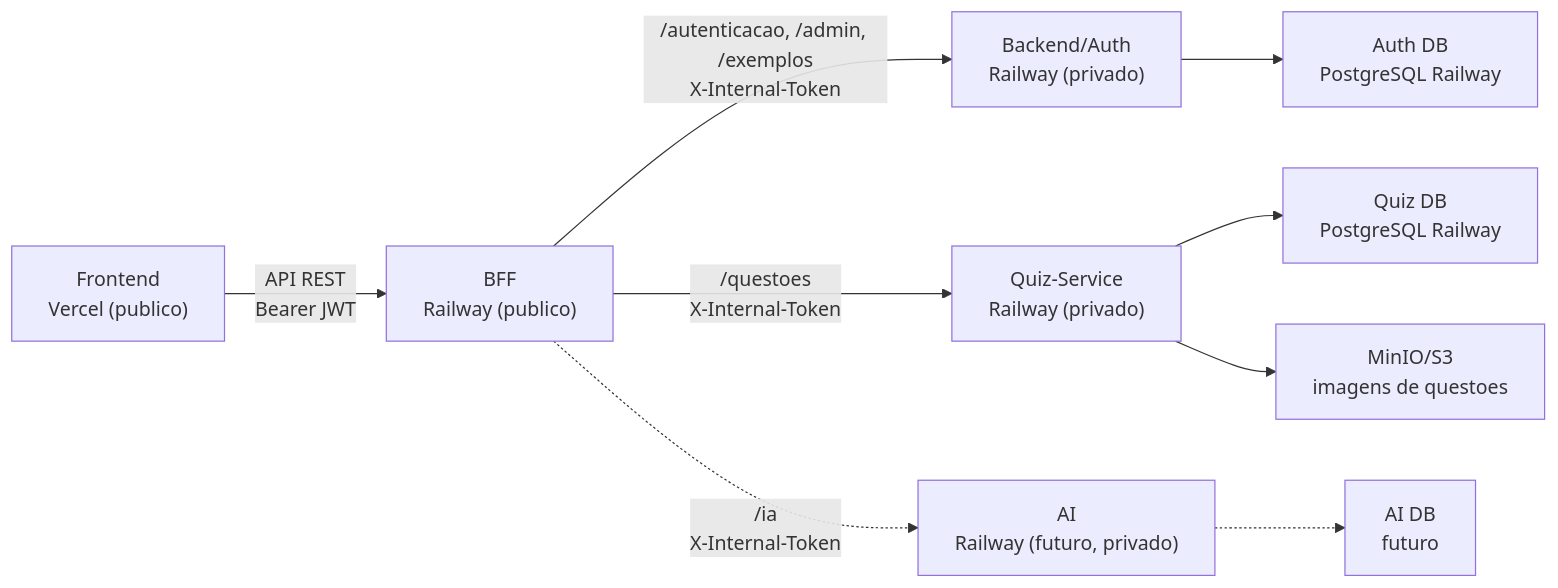
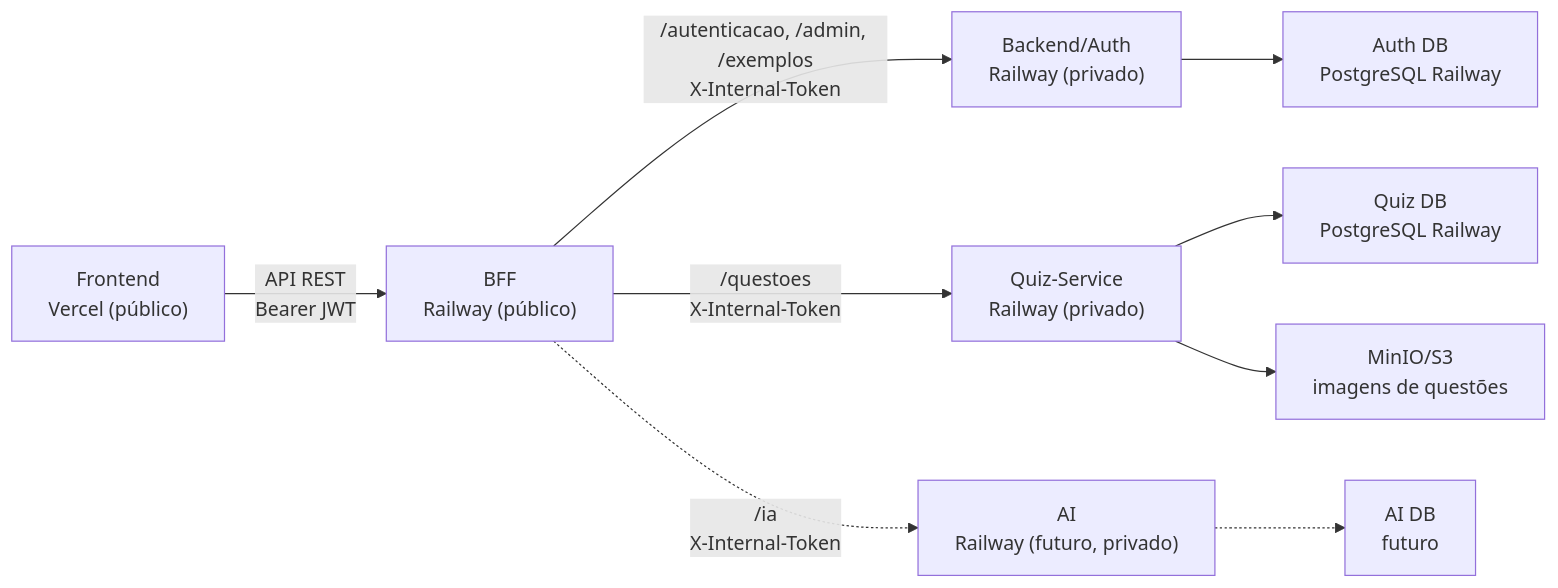
The diagram in docs/arquitetura/visoes/implantacao.md (fga-eps-mds/2026-1-AnatoQuizUp-Doc), drawn with Mermaid before and after one commit. The commit also changed other lines of this file and 8 other files, not shown here.

````diff
--- a/docs/arquitetura/visoes/implantacao.md
+++ b/docs/arquitetura/visoes/implantacao.md
@@ -7,21 +7,21 @@
 ```mermaid
 flowchart LR
-    frontend["Frontend<br/>Vercel (publico)"]
-    bff["BFF<br/>Railway (publico)"]
+    frontend["Frontend<br/>Vercel (público)"]
+    bff["BFF<br/>Railway (público)"]
     auth["Backend/Auth<br/>Railway (privado)"]
     quiz["Quiz-Service<br/>Railway (privado)"]
     ai["AI<br/>Railway (futuro, privado)"]
     authDb["Auth DB<br/>PostgreSQL Railway"]
     quizDb["Quiz DB<br/>PostgreSQL Railway"]
     aiDb["AI DB<br/>futuro"]
-    storage["MinIO/S3<br/>imagens de questoes"]
+    storage["MinIO/S3<br/>imagens de questões"]
 
     frontend -->|"API REST<br/>Bearer JWT"| bff
     bff -->|"/autenticacao, /admin, /exemplos<br/>X-Internal-Token"| auth
     bff -->|"/questoes<br/>X-Internal-Token"| quiz
     bff -.->|"/ia<br/>X-Internal-Token"| ai
     auth --> authDb
     quiz --> quizDb
     quiz --> storage
     ai -.-> aiDb
 ```
````
